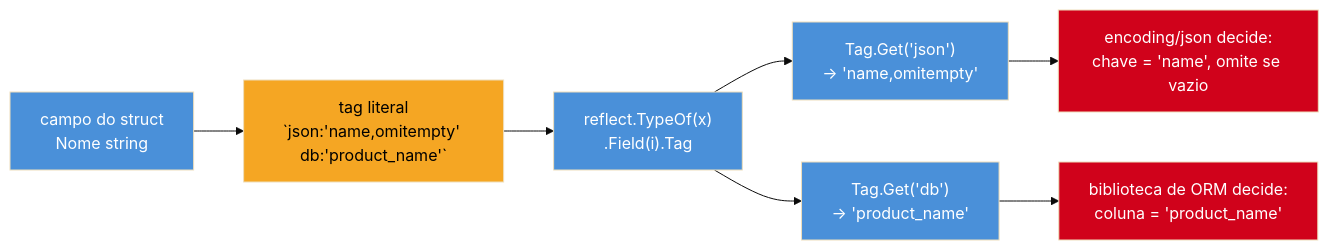
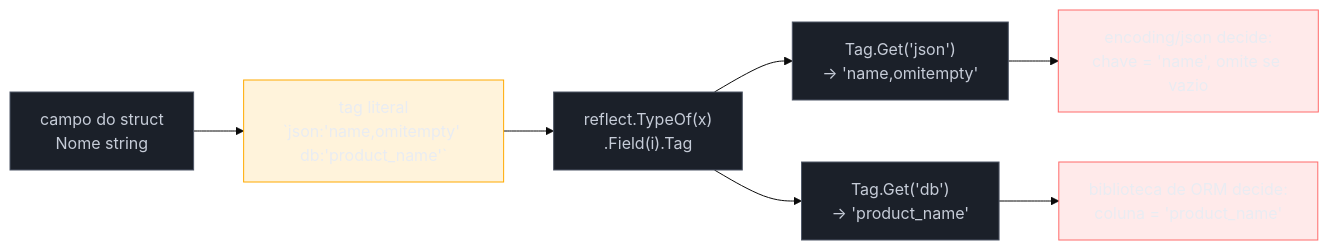
One commit to josenaldo/codex-technomanticus changed the first of 3 diagrams in 03-Dominios/Tecnologia/Go/02 - Tipos, structs e métodos/07 - Struct tags e reflection básica.md. Above: the diagram before and after it, drawn with Mermaid (base theme). The commit also changed other lines of this file and 1181 other files, not shown here.

First line of the commit message:
fix(diagramas): paleta do sistema no lugar de cor cravada no markdown

````diff
--- a/03-Dominios/Tecnologia/Go/02 - Tipos, structs e métodos/07 - Struct tags e reflection básica.md
+++ b/03-Dominios/Tecnologia/Go/02 - Tipos, structs e métodos/07 - Struct tags e reflection básica.md
@@ -81,17 +81,20 @@
 ```mermaid
 flowchart LR
+    classDef neutro fill:#1B2029,stroke:#4E5666,color:#C6CCD8
+    classDef destaque fill:#FFAA0024,stroke:#FFAA00,color:#E9ECF2
+    classDef falha fill:#FF6B6B24,stroke:#FF6B6B,color:#E9ECF2
     A["campo do struct\nNome string"] --> B["tag literal\n`json:'name,omitempty' db:'product_name'`"]
     B --> C["reflect.TypeOf(x)\n.Field(i).Tag"]
     C --> D["Tag.Get('json')\n→ 'name,omitempty'"]
     C --> E["Tag.Get('db')\n→ 'product_name'"]
     D --> F["encoding/json decide:\nchave = 'name', omite se vazio"]
     E --> G["biblioteca de ORM decide:\ncoluna = 'product_name'"]
 
-    style A fill:#4A90D9,color:#fff
-    style B fill:#F5A623,color:#000
-    style C fill:#4A90D9,color:#fff
-    style D fill:#4A90D9,color:#fff
-    style E fill:#4A90D9,color:#fff
-    style F fill:#D0021B,color:#fff
-    style G fill:#D0021B,color:#fff
+    class A neutro
+    class B destaque
+    class C neutro
+    class D neutro
+    class E neutro
+    class F falha
+    class G falha
 ```
````
